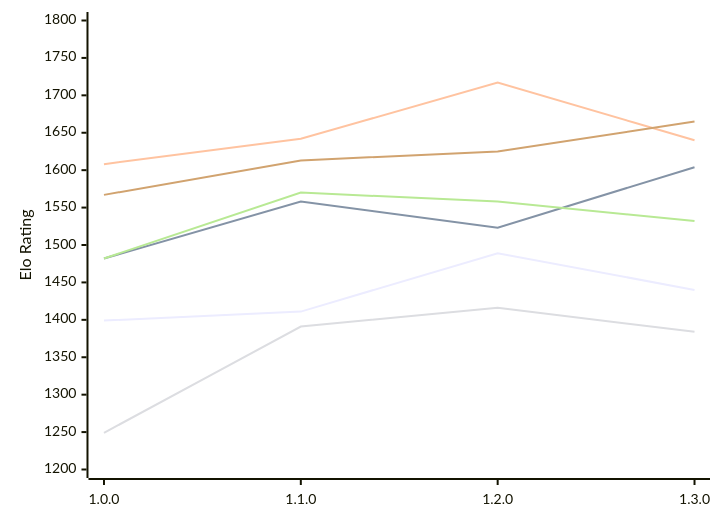
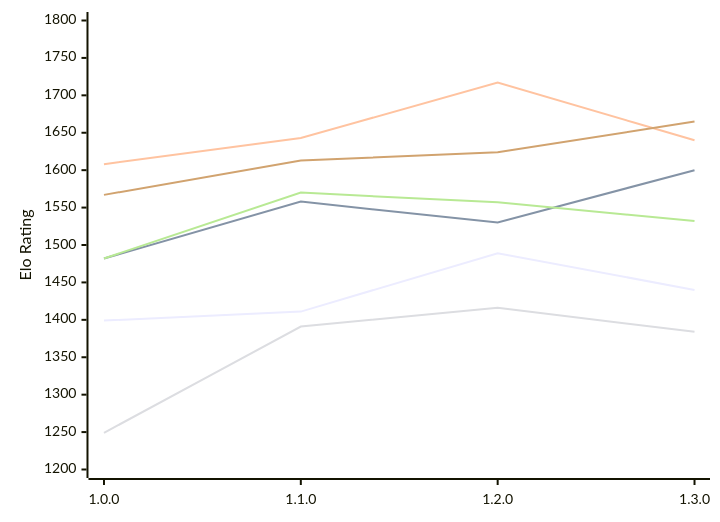
One commit to computer-chess-index/cci changed the diagram in engines/Klak.md. Above: the diagram before and after it, drawn with Mermaid. The commit also changed other lines of this file, not shown here.

Commit message:
Update CCI Ratings (ELO VLTC) - 2026-11-27

````diff
--- a/engines/Klak.md
+++ b/engines/Klak.md
@@ -53,12 +53,12 @@
 ```mermaid
 %%{init: {"theme":"base","themeVariables":{"seriesColors:['#a3a3a3','#222221','#faa371']}}}%%
 xychart-beta
   x-axis ["1.0.0", "1.1.0", "1.2.0", "1.3.0"]
   y-axis "Elo Rating" 1200 --> 1800
   line "E1: STC (8.0+0.08s)" [1399, 1411, 1489, 1440]
-  line "E1: LTC (60.0+0.60s)" [1482, 1558, 1523, 1604]
-  line "E1: VLTC (2m24s+1.12s)" [1608, 1642, 1717, 1640]
+  line "E1: LTC (60.0+0.60s)" [1482, 1558, 1530, 1600]
+  line "E1: VLTC (2m24s+1.12s)" [1608, 1643, 1717, 1640]
   line "P1: STC (8.0+0.08s)" [1249, 1391, 1416, 1384]
-  line "P1: LTC (60.0+0.60s)" [1482, 1570, 1558, 1532]
-  line "P1: VLTC (2m24s+1.12s)" [1567, 1613, 1625, 1665]
+  line "P1: LTC (60.0+0.60s)" [1482, 1570, 1557, 1532]
+  line "P1: VLTC (2m24s+1.12s)" [1567, 1613, 1624, 1665]
 ```
````
